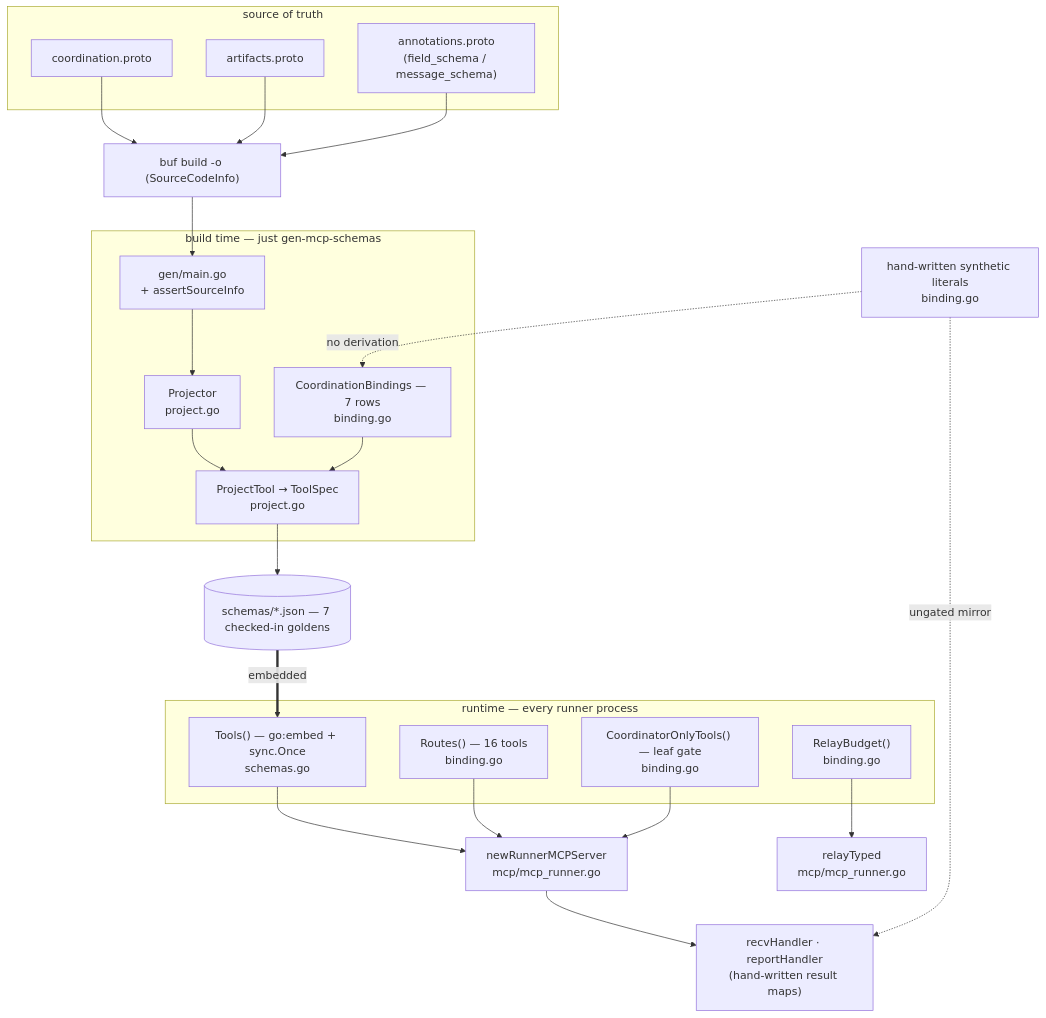
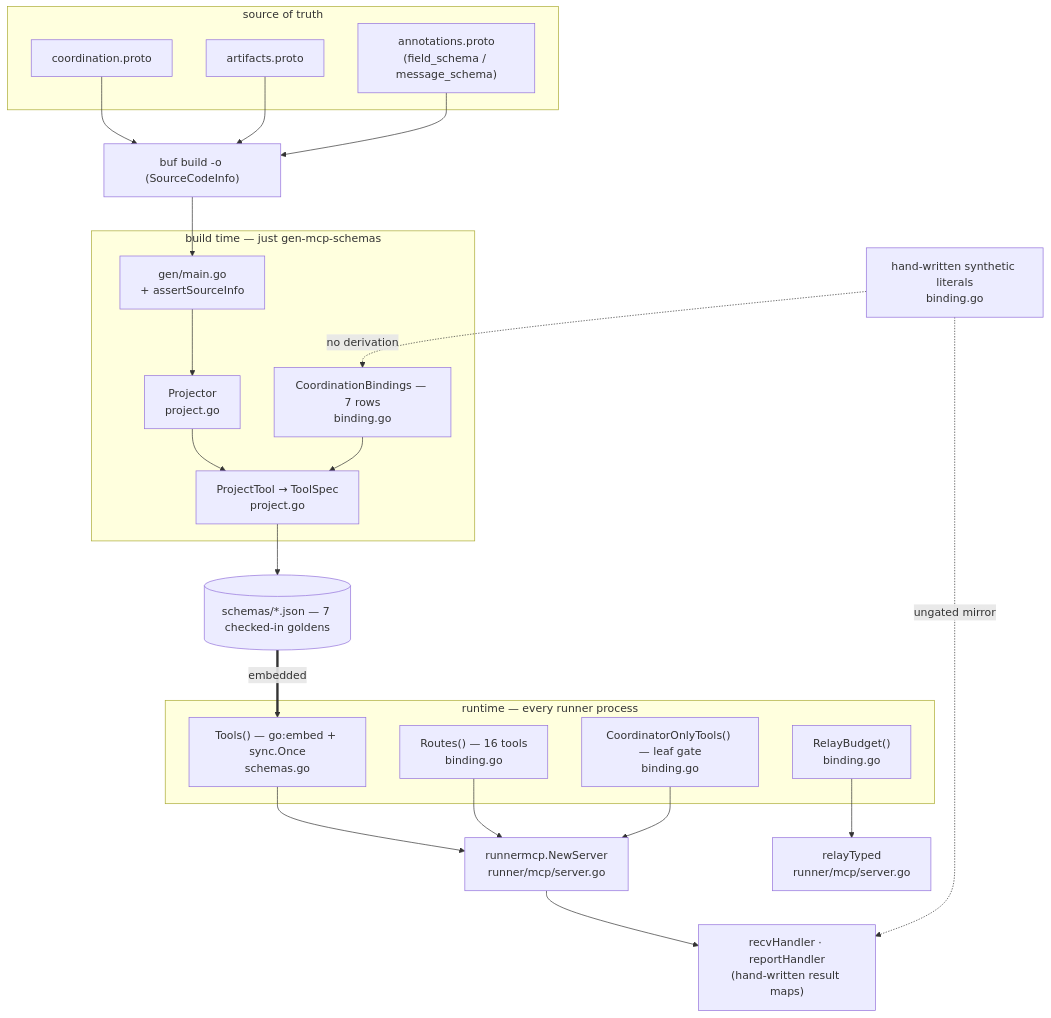
One commit to ctxloom/ctxloom changed the diagram in docs/architecture/agentcoord/mcp-tool-surface.md. Above: the diagram before and after it, drawn with Mermaid. The commit also changed other lines of this file and 10 other files, not shown here.

````diff
--- a/docs/architecture/agentcoord/mcp-tool-surface.md
+++ b/docs/architecture/agentcoord/mcp-tool-surface.md
@@ -15,31 +15,31 @@
 ```mermaid
 flowchart TD
   subgraph SoT["source of truth"]
     P1["coordination.proto"]
     P2["artifacts.proto"]
     P3["annotations.proto<br/>(field_schema / message_schema)"]
   end
   BUF["buf build -o (SourceCodeInfo)"]
   P1 & P2 & P3 --> BUF
   subgraph GEN["build time — just gen-mcp-schemas"]
     MAIN["gen/main.go<br/>+ assertSourceInfo"]
     PROJ["Projector<br/>project.go"]
     BIND["CoordinationBindings — 7 rows<br/>binding.go"]
     PT["ProjectTool → ToolSpec<br/>project.go"]
   end
   BUF --> MAIN --> PROJ --> PT
   BIND --> PT
   PT --> GOLD[("schemas/*.json — 7 checked-in goldens")]
   SYN["hand-written synthetic literals<br/>binding.go"] -.->|no derivation| BIND
   subgraph RT["runtime — every runner process"]
     TOOLS["Tools() — go:embed + sync.Once<br/>schemas.go"]
     ROUTES["Routes() — 16 tools<br/>binding.go"]
     COO["CoordinatorOnlyTools() — leaf gate<br/>binding.go"]
     RB["RelayBudget()<br/>binding.go"]
   end
   GOLD ==>|embedded| TOOLS
-  TOOLS & ROUTES & COO --> RUNNER["newRunnerMCPServer<br/>mcp/mcp_runner.go"]
-  RB --> RELAY["relayTyped<br/>mcp/mcp_runner.go"]
+  TOOLS & ROUTES & COO --> RUNNER["runnermcp.NewServer<br/>runner/mcp/server.go"]
+  RB --> RELAY["relayTyped<br/>runner/mcp/server.go"]
   RUNNER --> HANDLERS["recvHandler · reportHandler<br/>(hand-written result maps)"]
   SYN -.->|ungated mirror| HANDLERS
 ```
````
